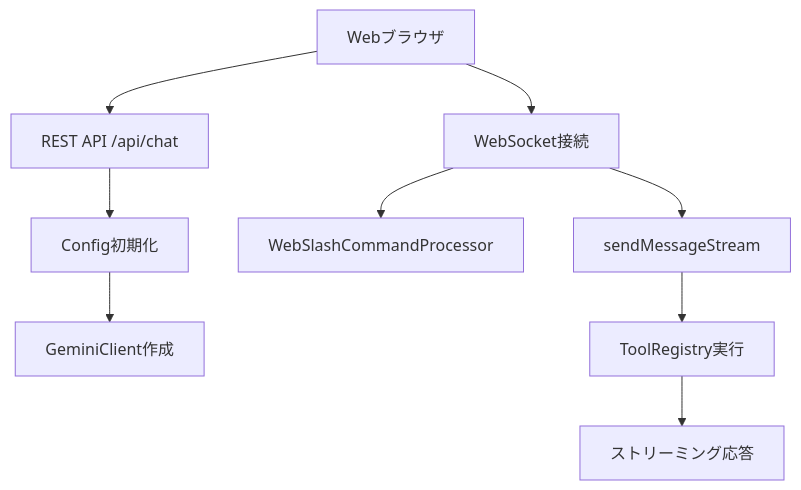
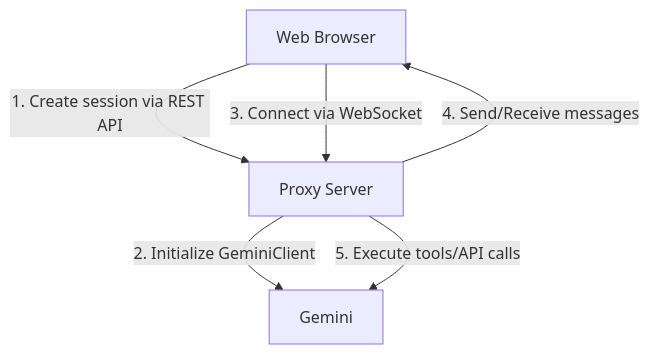
The diagram in README.md (koduki/gemini-cli-proxy), drawn with Mermaid before and after one commit. The commit also changed other lines of this file and 3 other files, not shown here.

````diff
--- a/README.md
+++ b/README.md
@@ -25,11 +29,8 @@
 ```mermaid
 graph TB
-    Client[Webブラウザ] --> REST[REST API /api/chat]
-    REST --> Config[Config初期化]
-    Config --> GeminiClient[GeminiClient作成]
-    Client --> WS[WebSocket接続]
-    WS --> Processor[WebSlashCommandProcessor]
-    WS --> Stream[sendMessageStream]
-    Stream --> Tools[ToolRegistry実行]
-    Tools --> Response[ストリーミング応答]
+    Client[Web Browser] -- 1. Create session via REST API --> Server[Proxy Server]
+    Server -- 2. Initialize GeminiClient --> Gemini
+    Client -- 3. Connect via WebSocket --> Server
+    Server -- 4. Send/Receive messages --> Client
+    Server -- 5. Execute tools/API calls --> Gemini
 ```
````
